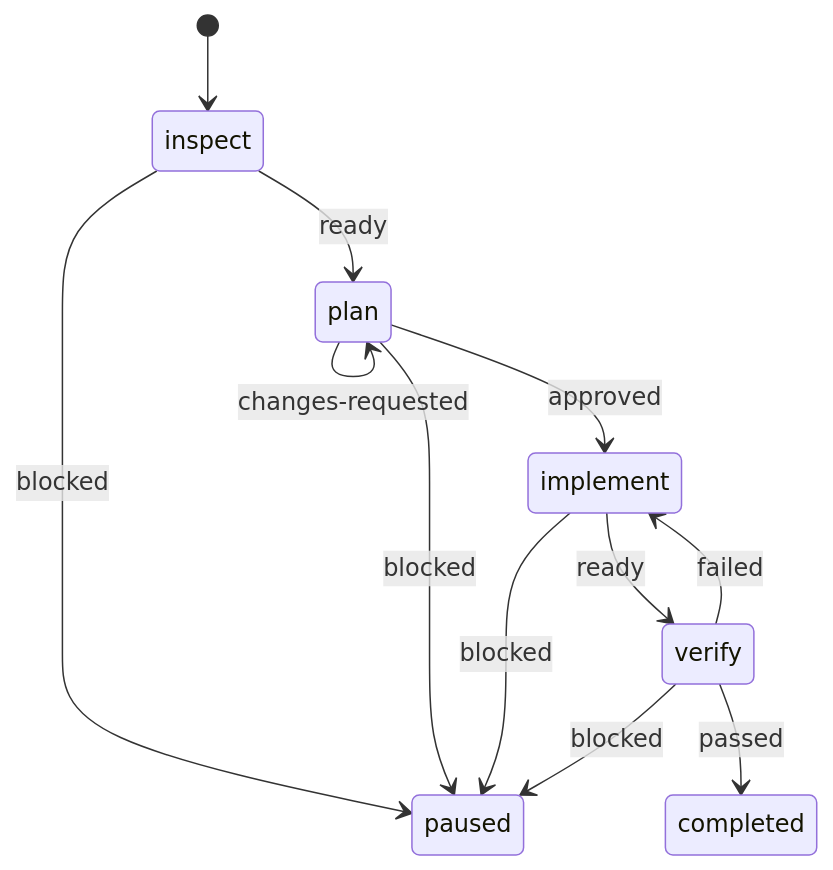
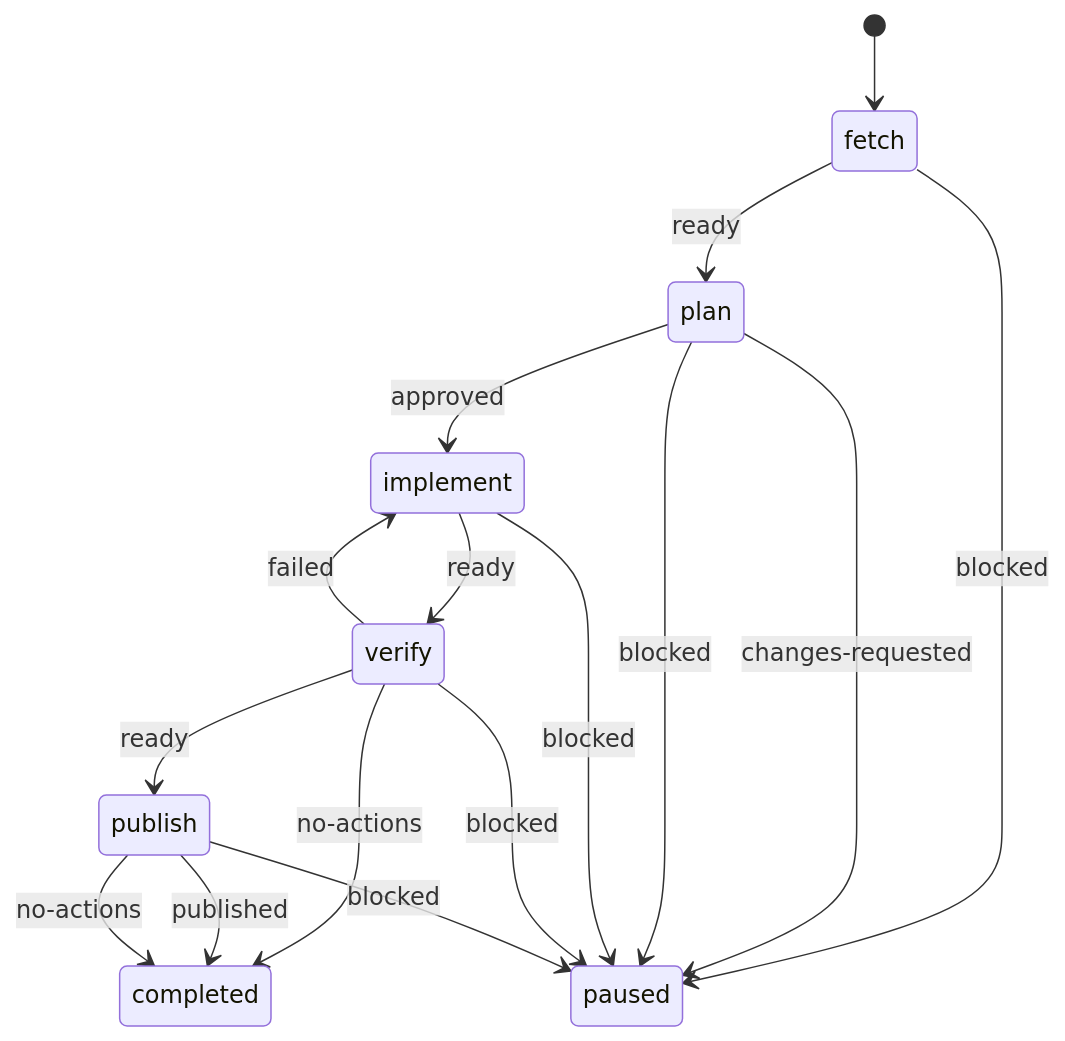
Before and after one commit to wichayutdew/pi-workflows: the seventh of 7 diagrams in openwiki/authoring/workflow-files.md, drawn with Mermaid. The commit also changed other lines of this file and 180 other files, not shown here.

````diff
--- a/openwiki/authoring/workflow-files.md
+++ b/openwiki/authoring/workflow-files.md
@@ -214,14 +245,18 @@
 ```mermaid
 stateDiagram-v2
-  [*] --> inspect
-  inspect --> plan: ready
-  inspect --> paused: blocked
+  [*] --> fetch
+  fetch --> plan: ready
+  fetch --> paused: blocked
   plan --> implement: approved
-  plan --> plan: changes-requested
+  plan --> paused: changes-requested
   plan --> paused: blocked
   implement --> verify: ready
   implement --> paused: blocked
-  verify --> completed: passed
+  verify --> publish: ready
+  verify --> completed: no-actions
   verify --> implement: failed
   verify --> paused: blocked
+  publish --> completed: published
+  publish --> completed: no-actions
+  publish --> paused: blocked
 ```
````
